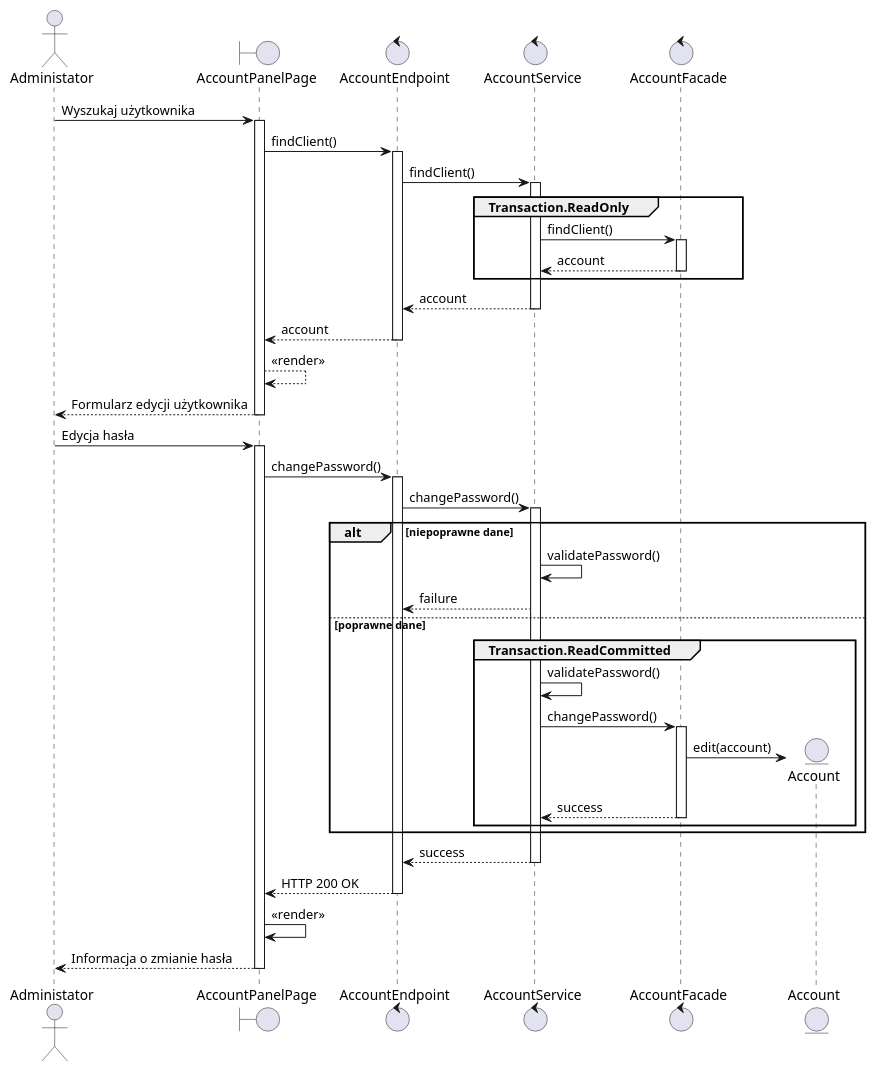
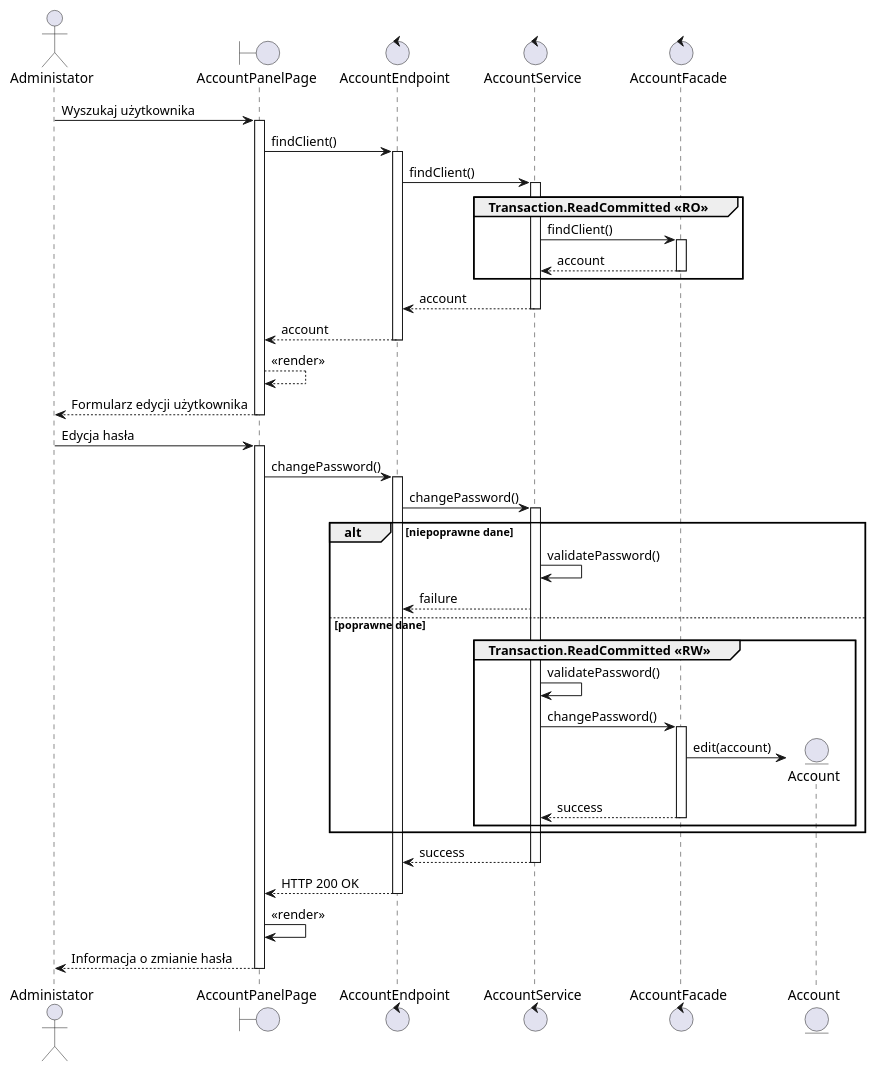
Before and after one commit to TheVivent-Politechnika-Lodzka/ssbd03_kic_uml: the diagram in src/rozdział 7/mok8.puml, drawn with PlantUML. The commit also changed 1 other file, not shown here.

```diff
--- a/src/rozdział 7/mok8.puml
+++ b/src/rozdział 7/mok8.puml
@@ -1,47 +1,47 @@
 @startuml MOK.8
 
 actor Administator as client
 boundary AccountPanelPage as gui
 control AccountEndpoint as controller
 control AccountService as service
 control AccountFacade as facade
 entity Account as account
 
 client -> gui ++ : Wyszukaj użytkownika
 gui -> controller ++ :  findClient()
 controller -> service ++ : findClient()
-group Transaction.ReadOnly
+group Transaction.ReadCommitted <<RO>>
     service -> facade ++ : findClient()
     return account
 end
 return account
 return account
 gui --> gui : <<render>>
 return Formularz edycji użytkownika
 
 client -> gui ++ : Edycja hasła
 gui -> controller ++ : changePassword()
 controller -> service ++ : changePassword() 
 ' group Transaction. ?????
 ' service -> service : validatePassword()
 ' znajdz konto
 
 alt niepoprawne dane
     service -> service : validatePassword()
     service --> controller : failure
 else poprawne dane
-    group Transaction.ReadCommitted
+    group Transaction.ReadCommitted <<RW>>
         service -> service : validatePassword()
         service -> facade ++ : changePassword()
         facade -> account ** : edit(account)
     return success
     end
 end
 
 return success
 return HTTP 200 OK
 gui -> gui : <<render>>
 return Informacja o zmianie hasła
 
 
 @enduml
```
